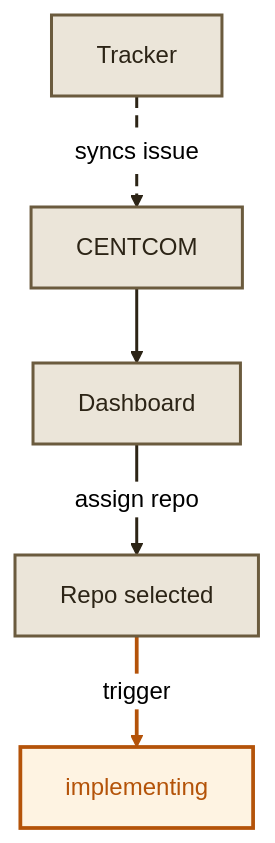
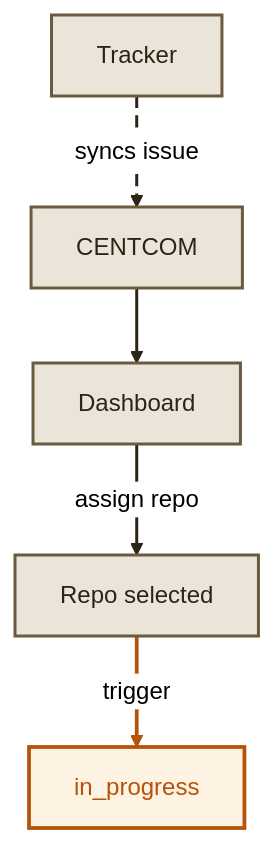
Before and after one commit to dunkinfrunkin/maestro: the second of 5 diagrams in docs/docs/pipeline.mdx, drawn with Mermaid (neutral theme). The commit also changed other lines of this file and 2 other files, not shown here.

Commit message:
docs: update all status references to new pipeline statuses
Fixed stale references in concepts/tasks, concepts/workers, and
pipeline lifecycle diagrams.

````diff
--- a/docs/docs/pipeline.mdx
+++ b/docs/docs/pipeline.mdx
@@ -47,18 +47,18 @@
 ```mermaid
 graph TB
   TR["Tracker"] -- "syncs issue" --> CC["CENTCOM"]
   CC --> DASH["Dashboard"]
   DASH -- "assign repo" --> REPO["Repo selected"]
-  REPO -- "trigger" --> GO["implementing"]
+  REPO -- "trigger" --> GO["in_progress"]
 
   style TR fill:#ebe5d9,stroke:#6b5b3e,stroke-width:2px,color:#2c2416
   style CC fill:#ebe5d9,stroke:#6b5b3e,stroke-width:2px,color:#2c2416
   style DASH fill:#ebe5d9,stroke:#6b5b3e,stroke-width:2px,color:#2c2416
   style REPO fill:#ebe5d9,stroke:#6b5b3e,stroke-width:2px,color:#2c2416
   style GO fill:#fef3e2,stroke:#b45309,stroke-width:2.5px,color:#b45309
 
   linkStyle 0 stroke:#2c2416,stroke-width:2px,stroke-dasharray:8 5
   linkStyle 1 stroke:#2c2416,stroke-width:2px
   linkStyle 2 stroke:#2c2416,stroke-width:2px
   linkStyle 3 stroke:#b45309,stroke-width:2.5px
 ```
````
